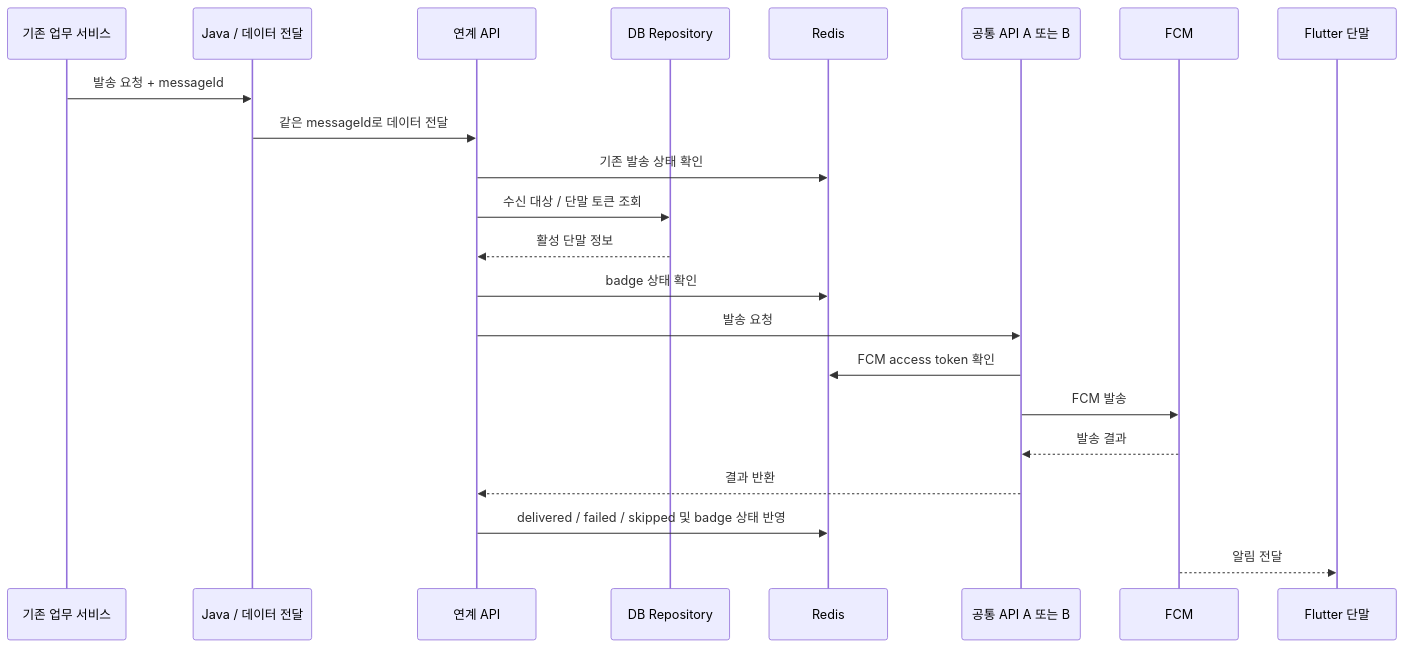
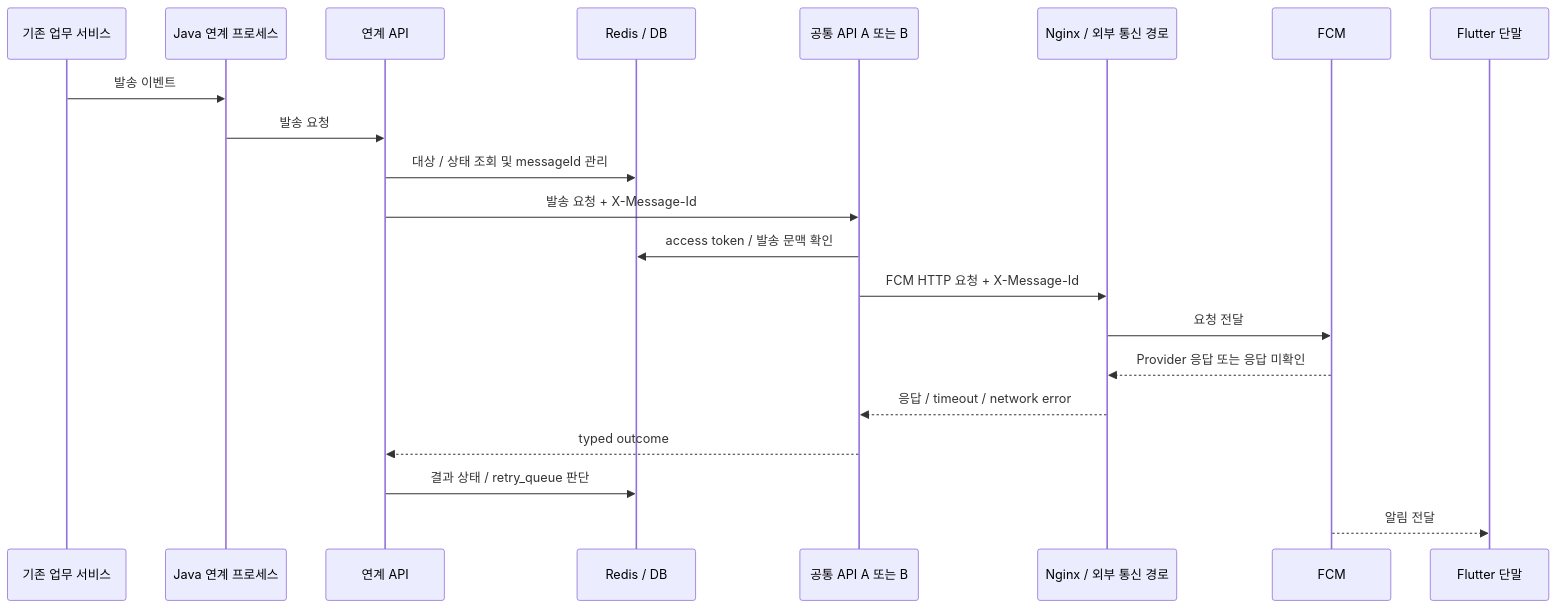
One commit to clsung7911/reliable-messaging-platform changed the diagram in docs/ko/03-message-flow.md. Above: the diagram before and after it, drawn with Mermaid. The commit also changed other lines of this file and 38 other files, not shown here.

````diff
--- a/docs/ko/03-message-flow.md
+++ b/docs/ko/03-message-flow.md
@@ -5,25 +5,24 @@
 ```mermaid
 sequenceDiagram
     participant L as 기존 업무 서비스
-    participant J as Java / 데이터 전달
+    participant J as Java 연계 프로세스
     participant M as 연계 API
-    participant DB as DB Repository
-    participant R as Redis
+    participant R as Redis / DB
     participant C as 공통 API A 또는 B
+    participant N as Nginx / 외부 통신 경로
     participant F as FCM
     participant D as Flutter 단말
 
-    L->>J: 발송 요청 + messageId
-    J->>M: 같은 messageId로 데이터 전달
-    M->>R: 기존 발송 상태 확인
-    M->>DB: 수신 대상 / 단말 토큰 조회
-    DB-->>M: 활성 단말 정보
-    M->>R: badge 상태 확인
-    M->>C: 발송 요청
-    C->>R: FCM access token 확인
-    C->>F: FCM 발송
-    F-->>C: 발송 결과
-    C-->>M: 결과 반환
-    M->>R: delivered / failed / skipped 및 badge 상태 반영
+    L->>J: 발송 이벤트
+    J->>M: 발송 요청
+    M->>R: 대상 / 상태 조회 및 messageId 관리
+    M->>C: 발송 요청 + X-Message-Id
+    C->>R: access token / 발송 문맥 확인
+    C->>N: FCM HTTP 요청 + X-Message-Id
+    N->>F: 요청 전달
+    F-->>N: Provider 응답 또는 응답 미확인
+    N-->>C: 응답 / timeout / network error
+    C-->>M: typed outcome
+    M->>R: 결과 상태 / retry_queue 판단
     F-->>D: 알림 전달
 ```
````
